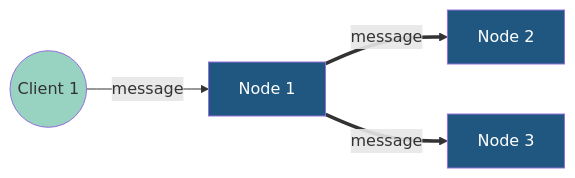
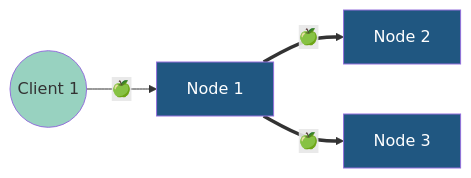
One commit to niklas-enns/message-broker changed the second of 3 diagrams in README.md. Above: the diagram before and after it, drawn with Mermaid.

Commit message:
reformat table

````diff
--- a/README.md
+++ b/README.md
@@ -84,14 +84,14 @@
 ```mermaid
 graph LR;
-    N1[Node 1]==>|message|N2[Node 2]
-    N1==>|message|N3[Node 3]
+    N1[Node 1]==>|🍏|N2[Node 2]
+    N1==>|🍏|N3[Node 3]
     
-    C1((Client 1))-->|message|N1;
+    C1((Client 1))-->|🍏|N1;
     
     classDef c1 fill:#205781,color:white;
     classDef c2 fill:#4F959D,color:white;
     classDef c3 fill:#98D2C0;
     classDef c4 fill:#F6F8D5;
     class N1,N2,N3 c1
     class C1,C2,C3,C4 c3
 ```
````
